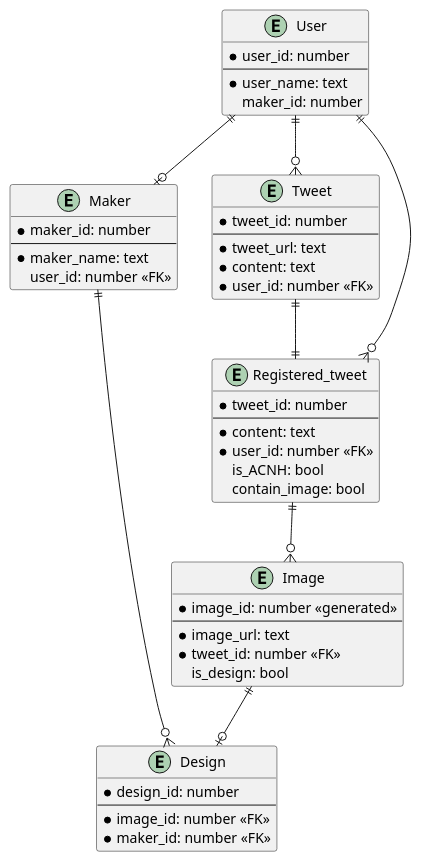
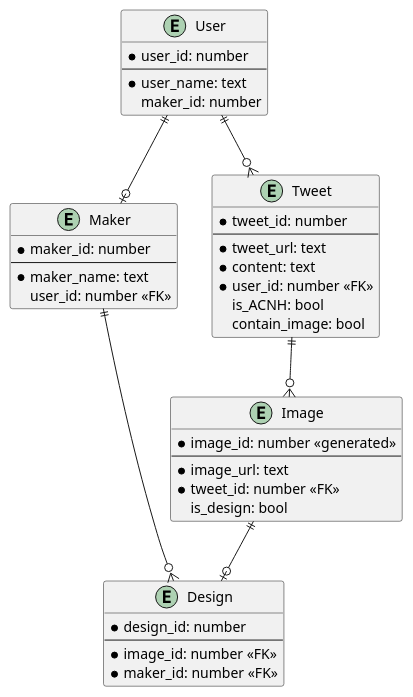
The diagram in doc/uml/entity-relationship.puml (aximov/witness-me), drawn with PlantUML before and after one commit. The commit also changed 2 other files, not shown here.

```diff
--- a/doc/uml/entity-relationship.puml
+++ b/doc/uml/entity-relationship.puml
@@ -1,58 +1,49 @@
 @startuml
 hide empty members
 
 entity User { 
     * user_id: number
     --
     * user_name: text 
     maker_id: number
 }
 
 entity Maker {
     * maker_id: number
     --
     * maker_name: text
     user_id: number <<FK>>
 }
 
 entity Tweet {
     * tweet_id: number
     --
     * tweet_url: text
-    * content: text
-    * user_id: number <<FK>>
-}
-
-entity Registered_tweet {
-    * tweet_id: number
-    --
     * content: text
     * user_id: number <<FK>>
     is_ACNH: bool
     contain_image: bool
 }
 
 entity Image {
     * image_id: number <<generated>>
     --
     * image_url: text
     * tweet_id: number <<FK>>
     is_design: bool
 }
 
 entity Design {
     * design_id: number
     --
     * image_id: number <<FK>>
     * maker_id: number <<FK>>
 }
 
 User ||-o| Maker
 Maker ||--o{ Design
 User ||--o{ Tweet
-User ||--o{ Registered_tweet
-Tweet ||--|| Registered_tweet
-Registered_tweet ||--o{ Image
+Tweet ||--o{ Image
 Image ||--o| Design
 
 @enduml
```
